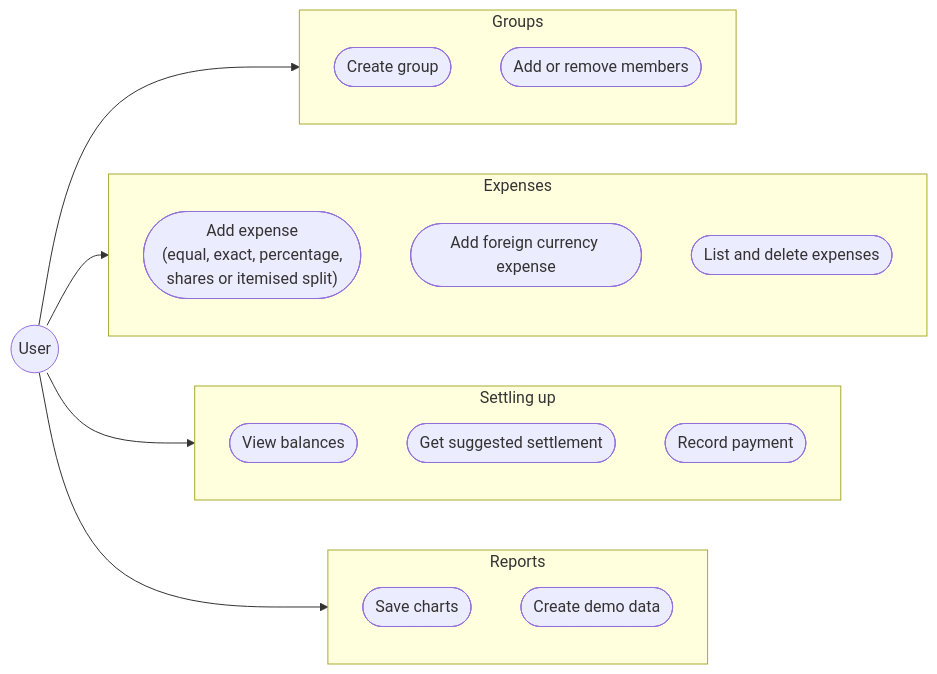
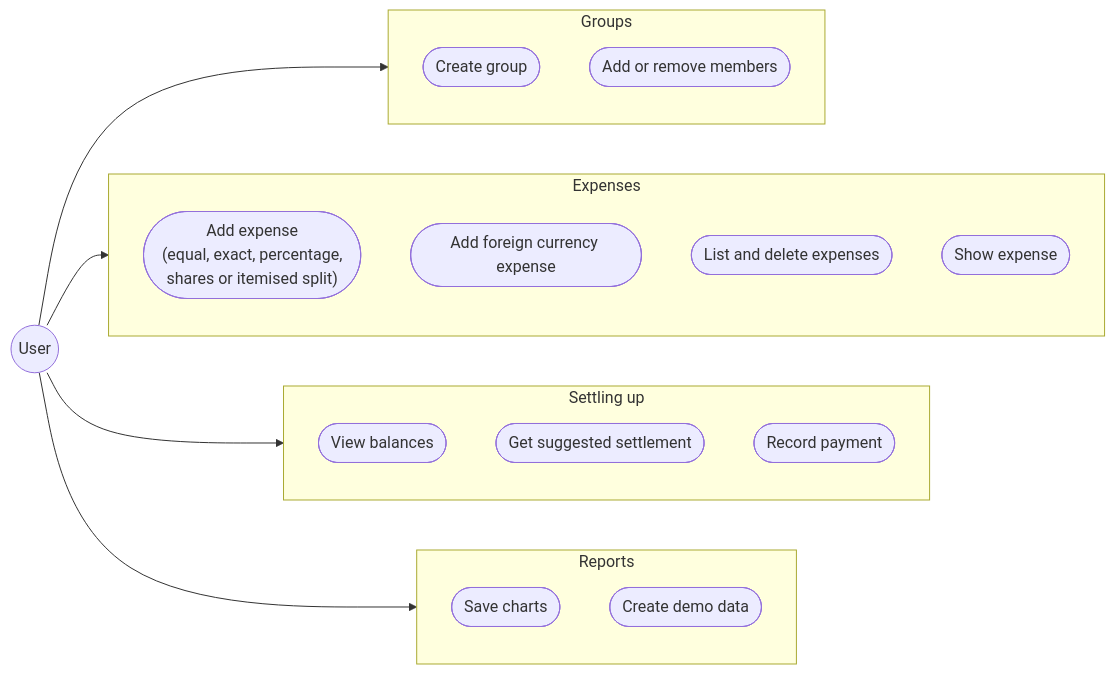
Before and after one commit to karnanitace/split-easy: the first of 2 diagrams in README.md, drawn with Mermaid. The commit also changed other lines of this file, not shown here.

Commit message:
docs: show demo supermarket receipts in README

````diff
--- a/README.md
+++ b/README.md
@@ -56,31 +56,32 @@
 ```mermaid
 flowchart LR
     User(("User"))
 
     subgraph Groups
         G1(["Create group"])
         G2(["Add or remove members"])
     end
 
     subgraph Expenses
         E1(["Add expense<br/>(equal, exact, percentage,<br/>shares or itemised split)"])
         E2(["Add foreign currency expense"])
         E3(["List and delete expenses"])
+        E4(["Show expense"])
     end
 
     subgraph Settling["Settling up"]
         S1(["View balances"])
         S2(["Get suggested settlement"])
         S3(["Record payment"])
     end
 
     subgraph Reports
         R1(["Save charts"])
         R2(["Create demo data"])
     end
 
     User --> Groups
     User --> Expenses
     User --> Settling
     User --> Reports
 ```
````
